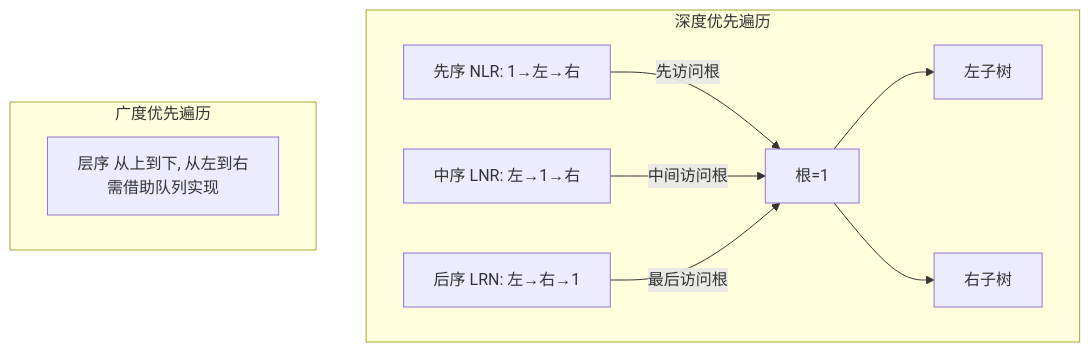
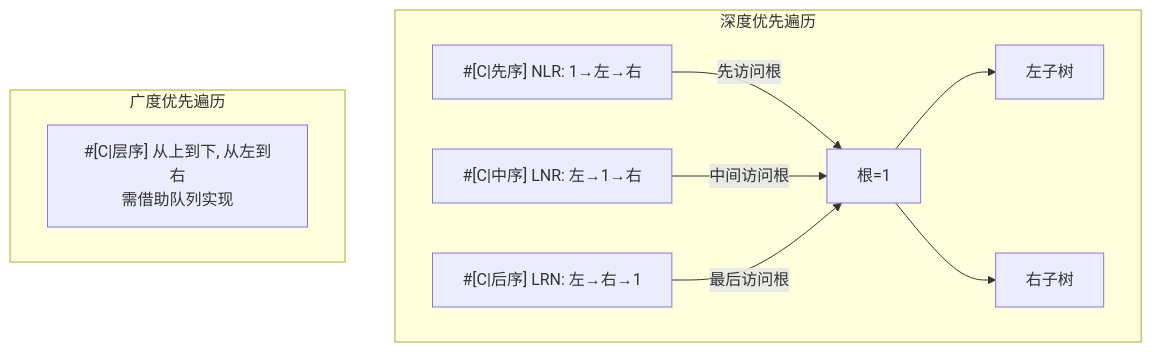
One commit to AH23333/Blog changed diagram 12 of 32 in src/content/philes/volume-1/CS-DS/简易数据结构知识点.md. Above: the diagram before and after it, drawn with Mermaid. The commit also changed other lines of this file and 13 other files, not shown here.

Commit message:
修复mermaid渲染问题，更正skill.md

````diff
--- a/src/content/philes/volume-1/CS-DS/简易数据结构知识点.md
+++ b/src/content/philes/volume-1/CS-DS/简易数据结构知识点.md
@@ -408,14 +410,14 @@
 ```mermaid
 graph TD
     subgraph 深度优先遍历
         R["根=1"] --> L["左子树"]
         R --> R2["右子树"]
-        PRE[""先序 NLR: 1→左→右""] --> |"先访问根"| R
-        IN[""中序 LNR: 左→1→右""] --> |"中间访问根"| R
-        POST[""后序 LRN: 左→右→1""] --> |"最后访问根"| R
+        PRE["#[C|先序] NLR: 1→左→右"] --> |"先访问根"| R
+        IN["#[C|中序] LNR: 左→1→右"] --> |"中间访问根"| R
+        POST["#[C|后序] LRN: 左→右→1"] --> |"最后访问根"| R
     end
 
     subgraph 广度优先遍历
-        LEVEL[""层序 从上到下, 从左到右<br/>需借助队列实现""]
+        LEVEL["#[C|层序] 从上到下, 从左到右<br/>需借助队列实现"]
     end
 ```
````
